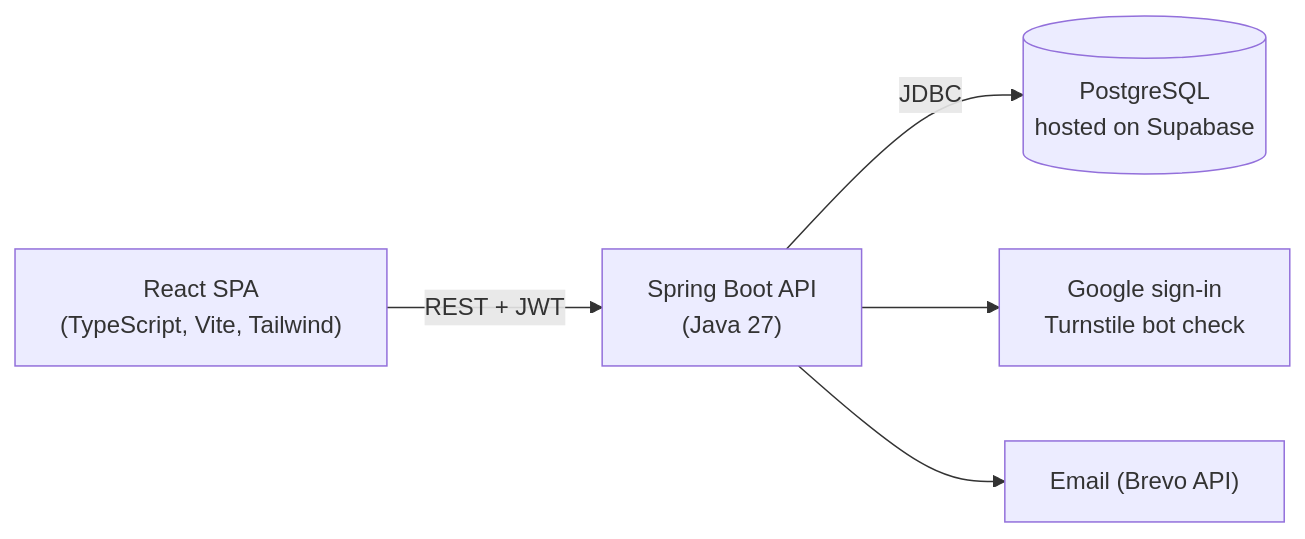
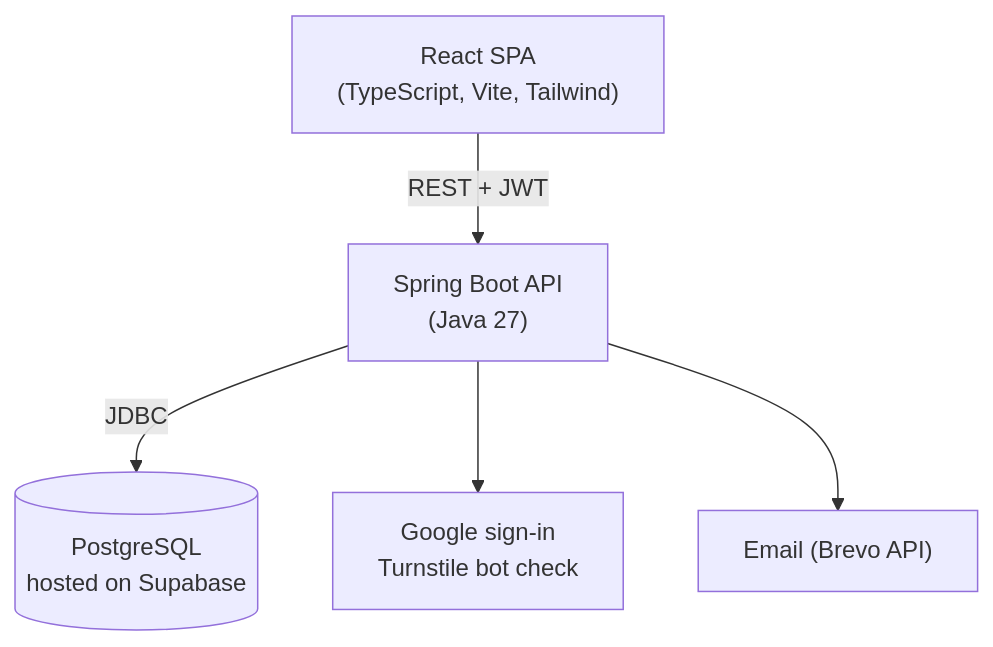
One commit to lampros-polyzos/formularium changed the diagram in README.md. Above: the diagram before and after it, drawn with Mermaid.

Commit message:
fix: readme flowchart

````diff
--- a/README.md
+++ b/README.md
@@ -43,7 +43,7 @@
 ```mermaid
-flowchart LR
+flowchart TB
     B["React SPA<br/>(TypeScript, Vite, Tailwind)"] -- "REST + JWT" --> A["Spring Boot API<br/>(Java 27)"]
     A -- "JDBC" --> D[("PostgreSQL<br/>hosted on Supabase")]
     A --> G["Google sign-in<br/>Turnstile bot check"]
     A --> M["Email (Brevo API)"]
 ```
````
